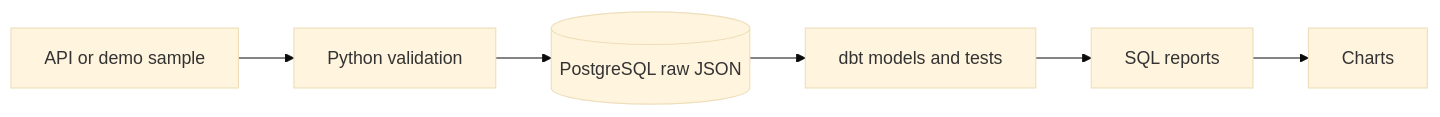
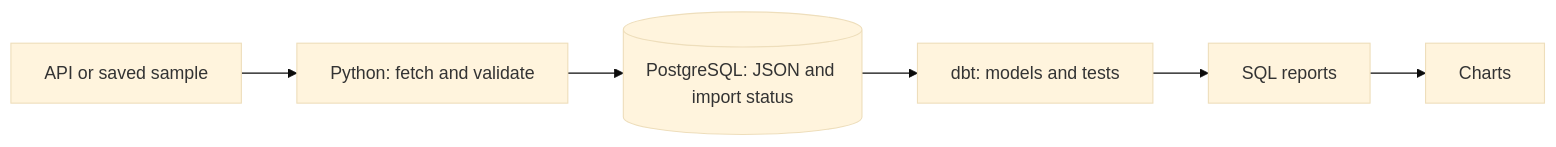
The diagram in README.md (marek-sleszynski/poznan-it-market), drawn with Mermaid (base theme) before and after one commit. The commit also changed other lines of this file and 11 other files, not shown here.

````diff
--- a/README.md
+++ b/README.md
@@ -30,8 +10,8 @@
 ```mermaid
 flowchart LR
-    A[API or demo sample] --> B[Python validation]
-    B --> C[(PostgreSQL raw JSON)]
-    C --> D[dbt models and tests]
+    A[API or saved sample] --> B[Python: fetch and validate]
+    B --> C[(PostgreSQL: JSON and import status)]
+    C --> D[dbt: models and tests]
     D --> E[SQL reports]
     E --> F[Charts]
 ```
````
